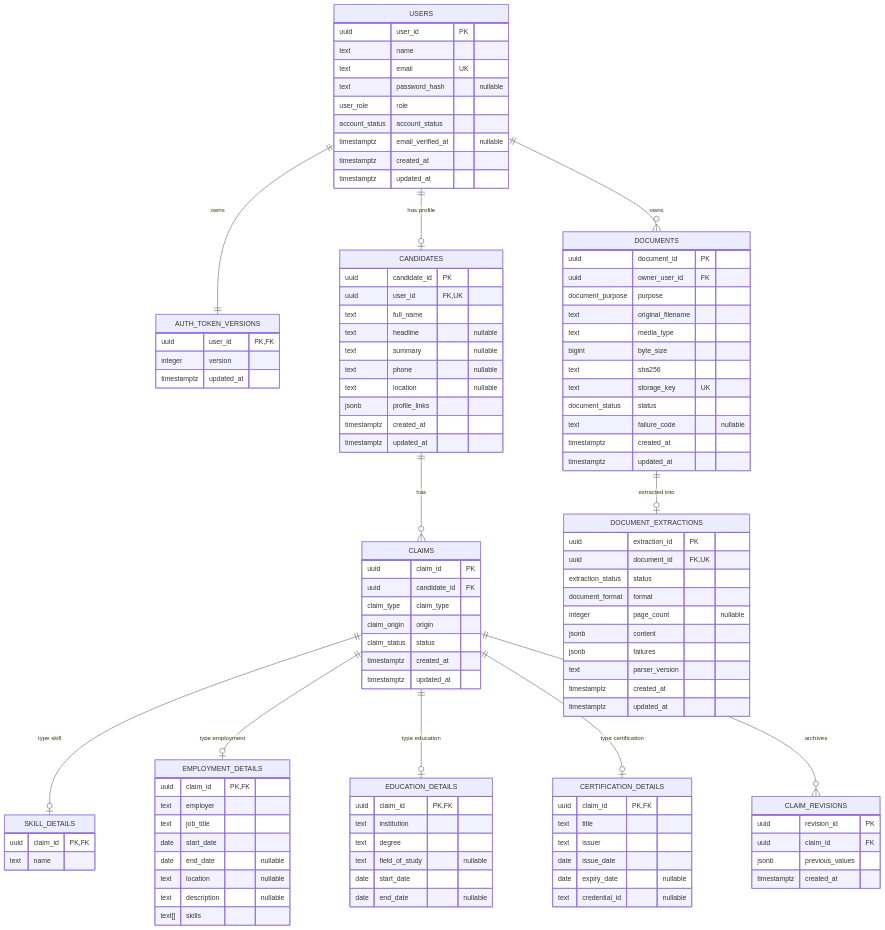
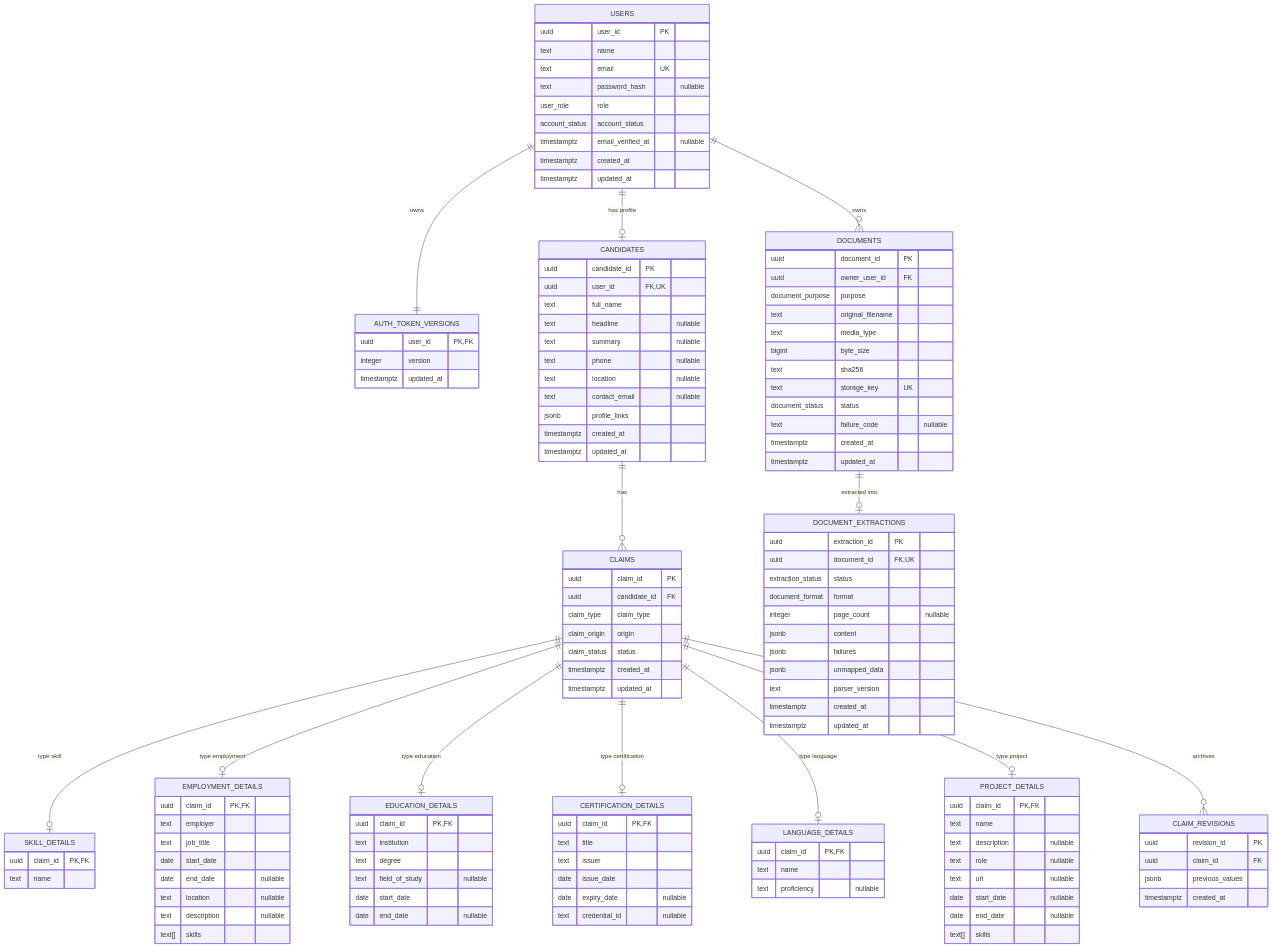
One commit to cv-parser-team/Backend changed the first of 2 diagrams in docs/database/data-model.md. Above: the diagram before and after it, drawn with Mermaid. The commit also changed other lines of this file and 2 other files, not shown here.

Commit message:
docs: document language and project claims, contact email, and unmapped data

````diff
--- a/docs/database/data-model.md
+++ b/docs/database/data-model.md
@@ -39,6 +39,7 @@
         text summary "nullable"
         text phone "nullable"
         text location "nullable"
+        text contact_email "nullable"
         jsonb profile_links
         timestamptz created_at
         timestamptz updated_at
@@ -82,6 +83,21 @@
         date expiry_date "nullable"
         text credential_id "nullable"
     }
+    LANGUAGE_DETAILS {
+        uuid claim_id PK, FK
+        text name
+        text proficiency "nullable"
+    }
+    PROJECT_DETAILS {
+        uuid claim_id PK, FK
+        text name
+        text description "nullable"
+        text role "nullable"
+        text url "nullable"
+        date start_date "nullable"
+        date end_date "nullable"
+        text[] skills
+    }
     CLAIM_REVISIONS {
         uuid revision_id PK
         uuid claim_id FK
@@ -110,6 +126,7 @@
         integer page_count "nullable"
         jsonb content
         jsonb failures
+        jsonb unmapped_data
         text parser_version
         timestamptz created_at
         timestamptz updated_at
@@ -124,5 +141,7 @@
     CLAIMS ||--o| EMPLOYMENT_DETAILS : "type employment"
     CLAIMS ||--o| EDUCATION_DETAILS : "type education"
     CLAIMS ||--o| CERTIFICATION_DETAILS : "type certification"
+    CLAIMS ||--o| LANGUAGE_DETAILS : "type language"
+    CLAIMS ||--o| PROJECT_DETAILS : "type project"
     CLAIMS ||--o{ CLAIM_REVISIONS : archives
 ```
````
